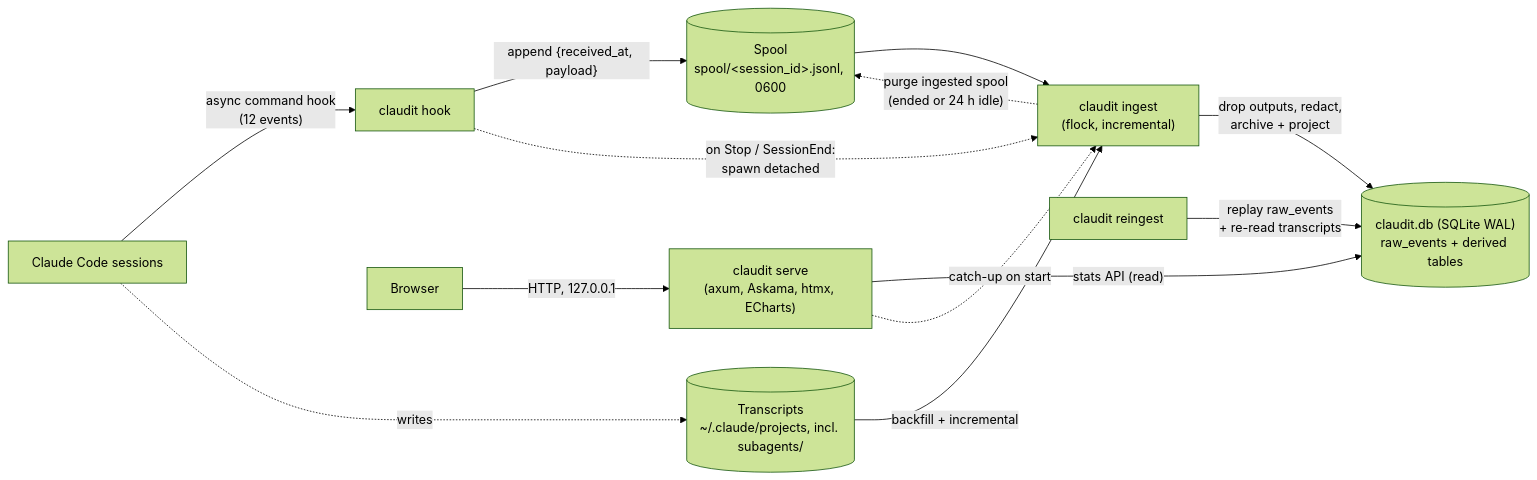
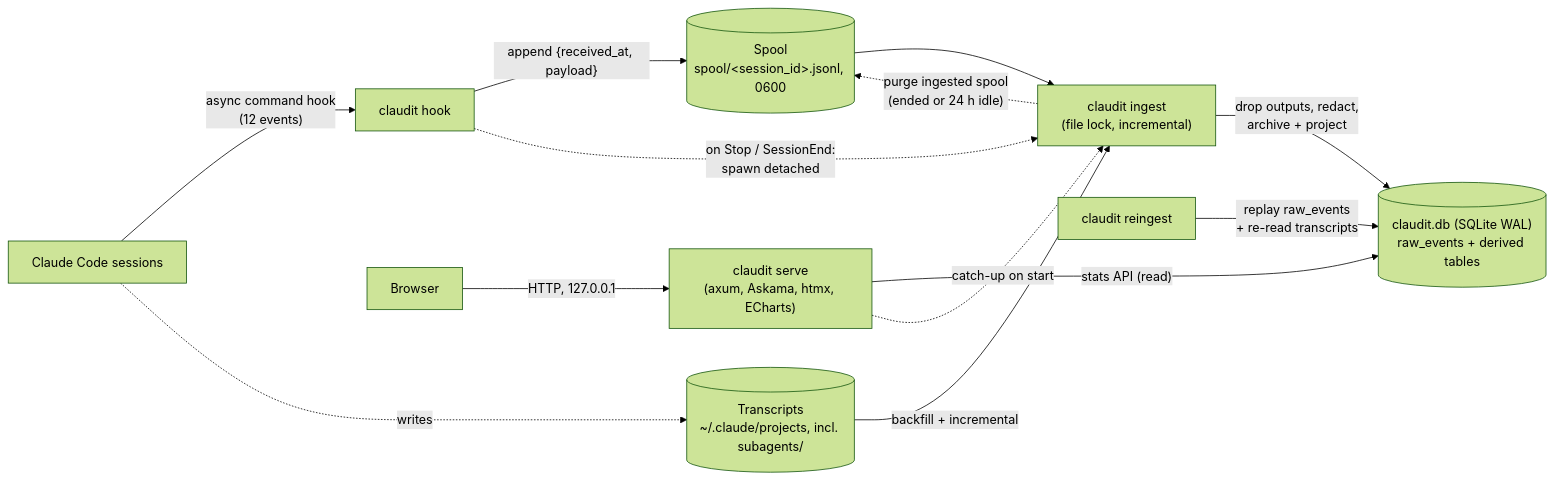
Before and after one commit to TristanShz/claudit: the diagram in ARCHITECTURE.md, drawn with Mermaid (forest theme). The commit also changed other lines of this file and 25 other files, not shown here.

````diff
--- a/ARCHITECTURE.md
+++ b/ARCHITECTURE.md
@@ -9,15 +9,15 @@
 ```mermaid
 flowchart LR
   CC["Claude Code sessions"] -- "async command hook<br/>(12 events)" --> H["claudit hook"]
   H -- "append {received_at, payload}" --> S[("Spool<br/>spool/&lt;session_id&gt;.jsonl, 0600")]
   CC -. writes .-> T[("Transcripts<br/>~/.claude/projects, incl. subagents/")]
-  H -. "on Stop / SessionEnd:<br/>spawn detached" .-> I["claudit ingest<br/>(flock, incremental)"]
+  H -. "on Stop / SessionEnd:<br/>spawn detached" .-> I["claudit ingest<br/>(file lock, incremental)"]
   S --> I
   T -- "backfill + incremental" --> I
   I -- "drop outputs, redact,<br/>archive + project" --> DB[("claudit.db (SQLite WAL)<br/>raw_events + derived tables")]
   I -. "purge ingested spool<br/>(ended or 24 h idle)" .-> S
   R["claudit reingest"] -- "replay raw_events<br/>+ re-read transcripts" --> DB
   B["Browser"] -- "HTTP, 127.0.0.1" --> SV["claudit serve<br/>(axum, Askama, htmx, ECharts)"]
   SV -- "stats API (read)" --> DB
   SV -. "catch-up on start" .-> I
 ```
````
